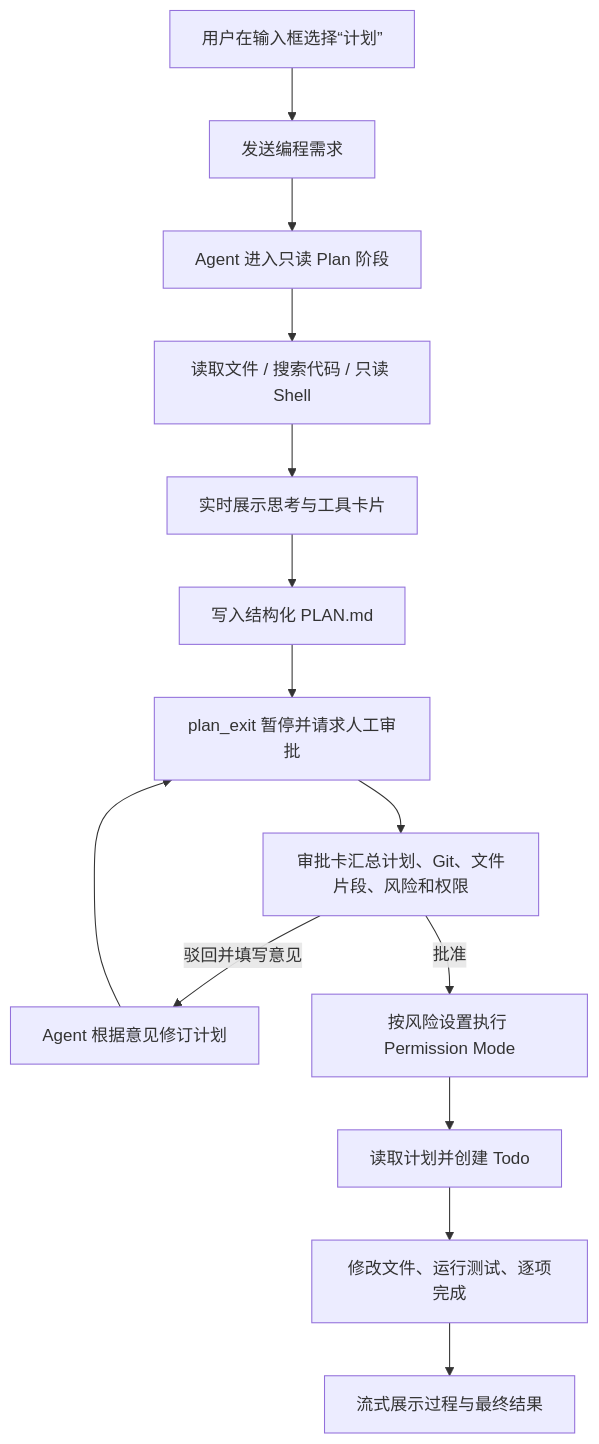
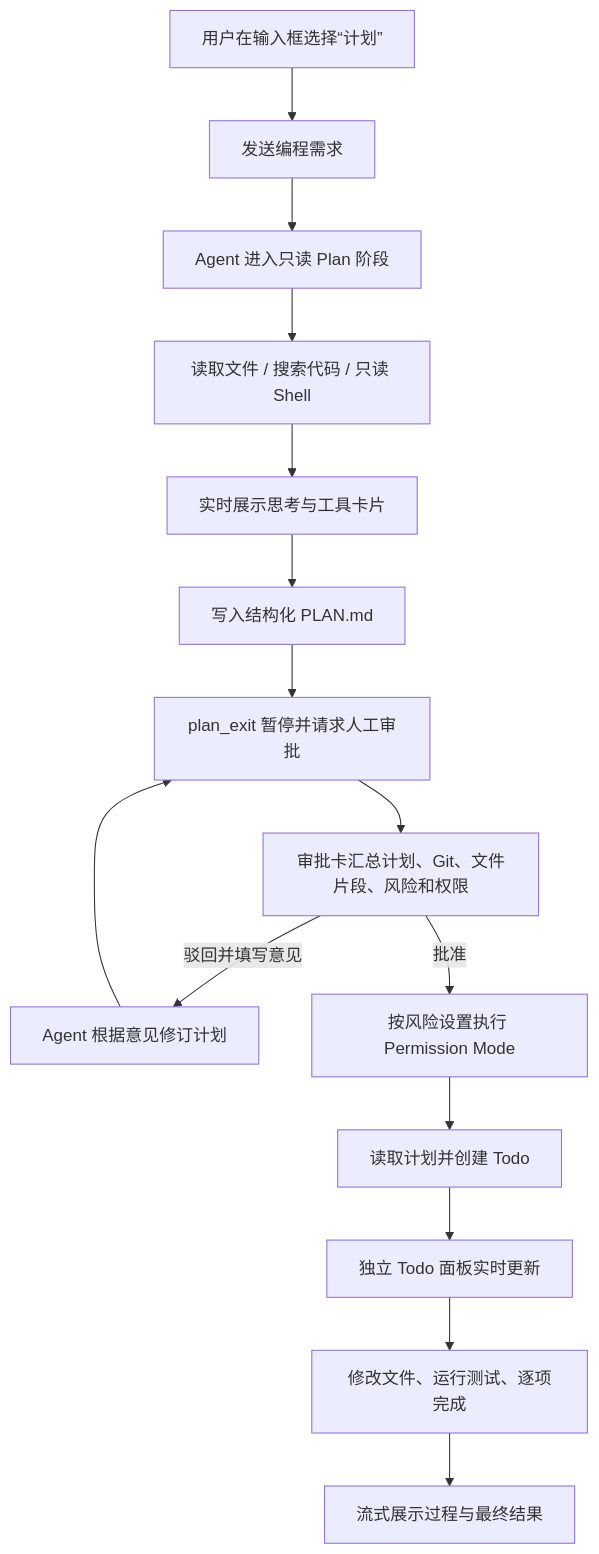
The diagram in AgentScope_PlanMode_成果介绍与演示手册.md (spring-ai-alibaba/copilot), drawn with Mermaid before and after one commit. The commit also changed other lines of this file and 1 other file, not shown here.

Commit message:
feat: add plan mode todo progress panel

````diff
--- a/AgentScope_PlanMode_成果介绍与演示手册.md
+++ b/AgentScope_PlanMode_成果介绍与演示手册.md
@@ -33,16 +34,17 @@
 ```mermaid
 flowchart TD
     A["用户在输入框选择“计划”"] --> B["发送编程需求"]
     B --> C["Agent 进入只读 Plan 阶段"]
     C --> D["读取文件 / 搜索代码 / 只读 Shell"]
     D --> E["实时展示思考与工具卡片"]
     E --> F["写入结构化 PLAN.md"]
     F --> G["plan_exit 暂停并请求人工审批"]
     G --> H["审批卡汇总计划、Git、文件片段、风险和权限"]
     H -->|驳回并填写意见| I["Agent 根据意见修订计划"]
     I --> G
     H -->|批准| J["按风险设置执行 Permission Mode"]
     J --> K["读取计划并创建 Todo"]
-    K --> L["修改文件、运行测试、逐项完成"]
-    L --> M["流式展示过程与最终结果"]
+    K --> L["独立 Todo 面板实时更新"]
+    L --> M["修改文件、运行测试、逐项完成"]
+    M --> N["流式展示过程与最终结果"]
 ```
````
